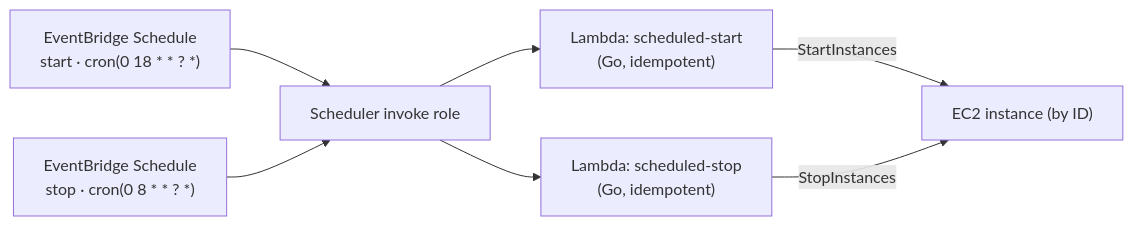
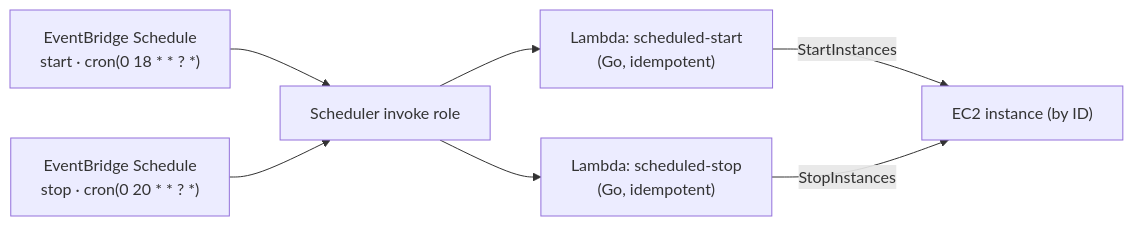
The sixth of 6 diagrams in README.md (teddynted/ai-github-repository-blog-generator), drawn with Mermaid before and after one commit. The commit also changed other lines of this file and 3 other files, not shown here.

````diff
--- a/README.md
+++ b/README.md
@@ -602,9 +603,9 @@
 ```mermaid
 flowchart LR
   S1["EventBridge Schedule<br/>start · cron(0 18 * * ? *)"] --> R[Scheduler invoke role]
-  S2["EventBridge Schedule<br/>stop · cron(0 8 * * ? *)"] --> R
+  S2["EventBridge Schedule<br/>stop · cron(0 20 * * ? *)"] --> R
   R --> LS["Lambda: scheduled-start<br/>(Go, idempotent)"]
   R --> LT["Lambda: scheduled-stop<br/>(Go, idempotent)"]
   LS -->|StartInstances| EC2["EC2 instance (by ID)"]
   LT -->|StopInstances| EC2
 ```
````
